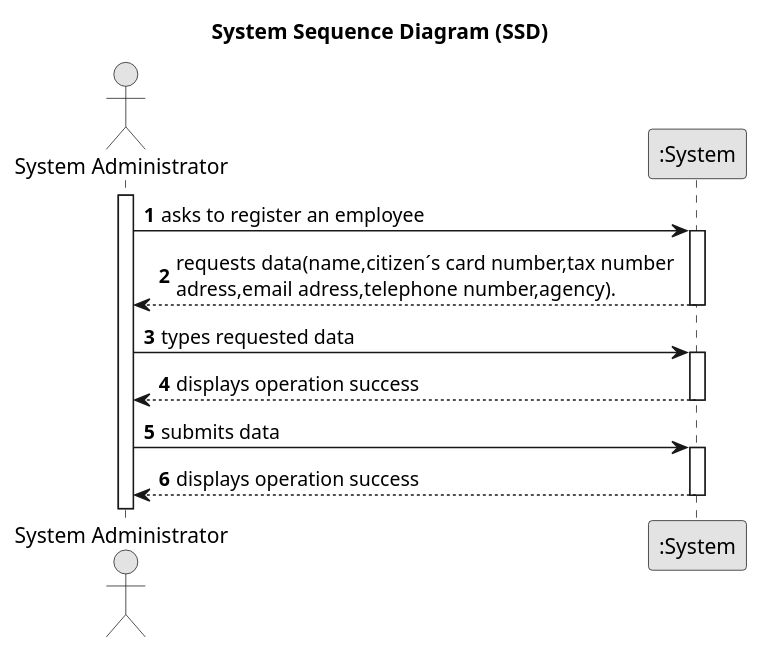
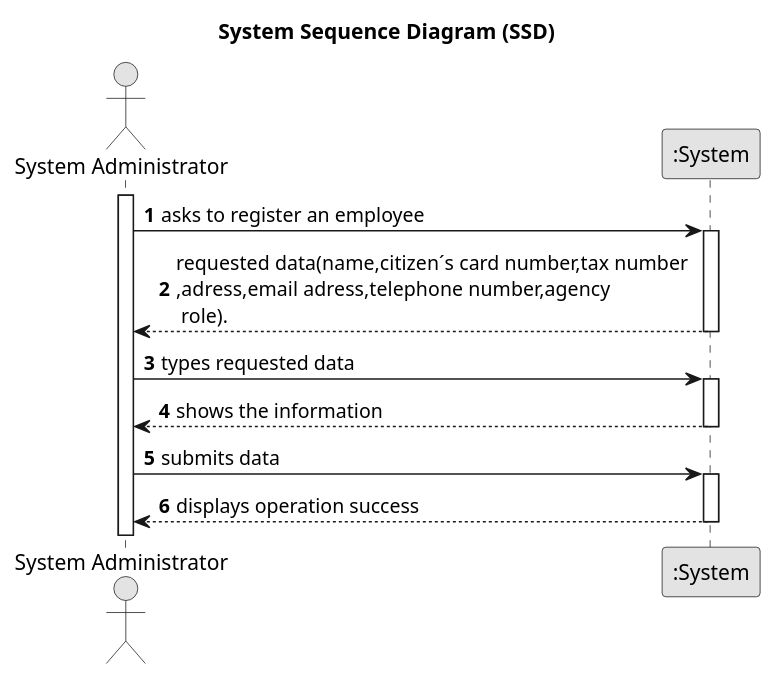
The diagram in docs/sprintA/US03/01.requirements-engineering/puml/us03-system-sequence-diagram.puml (PureNimble/ISEP-LAPR2), drawn with PlantUML before and after one commit. The commit also changed 3 other files, not shown here.

```diff
--- a/docs/sprintA/US03/01.requirements-engineering/puml/us03-system-sequence-diagram.puml
+++ b/docs/sprintA/US03/01.requirements-engineering/puml/us03-system-sequence-diagram.puml
@@ -1,34 +1,33 @@
 @startuml
 skinparam monochrome true
 skinparam packageStyle rectangle
 skinparam shadowing false
 
 title System Sequence Diagram (SSD)
 
 autonumber
 
 actor "System Administrator" as Admin
 participant ":System" as System
 
 activate Admin
 
     Admin -> System : asks to register an employee
     activate System
 
-        System --> Admin : requests data(name,citizen´s card number,tax number \nadress,email adress,telephone number,agency).
-    deactivate System
+   System --> Admin :  requested data(name,citizen´s card number,tax number \n,adress,email adress,telephone number,agency\n role).
+     deactivate System
 
     Admin -> System : types requested data
     activate System
 
-        System --> Admin : displays operation success
-        deactivate System
+     System --> Admin : shows the information
+            deactivate System
 
     Admin -> System : submits data
     activate System
 
         System --> Admin : displays operation success
     deactivate System
 
-
 @enduml
```
